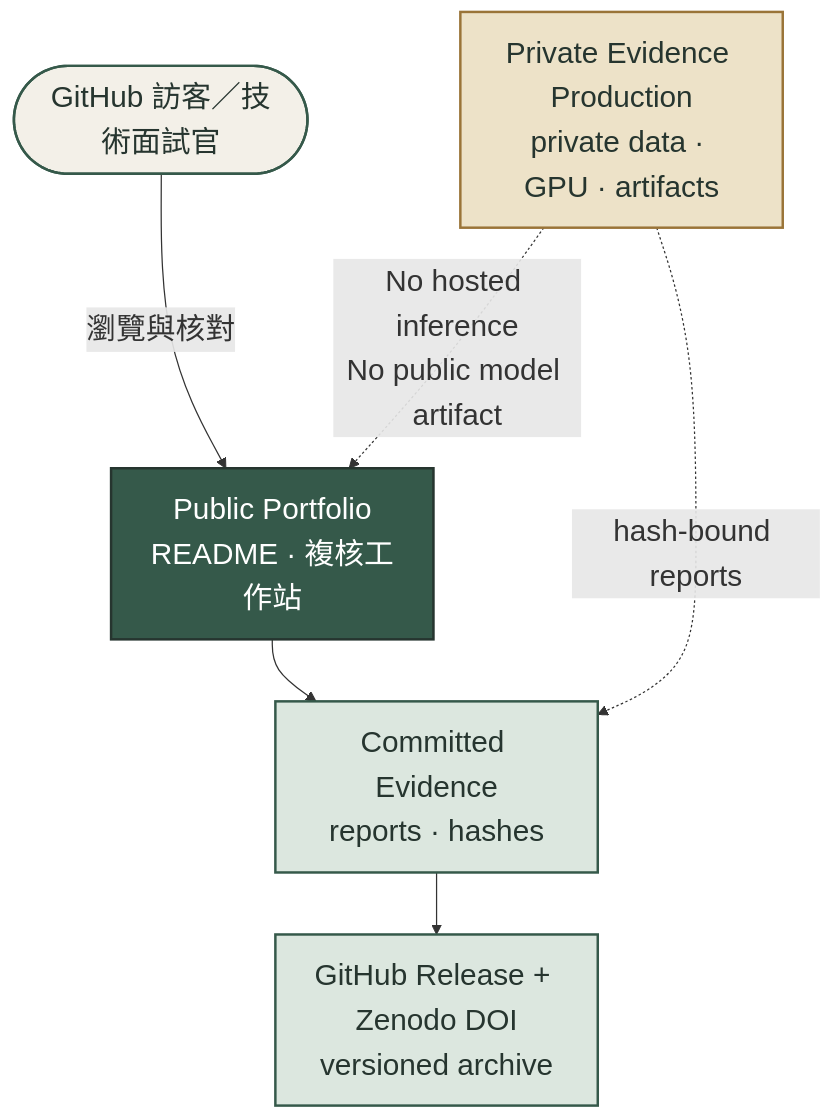
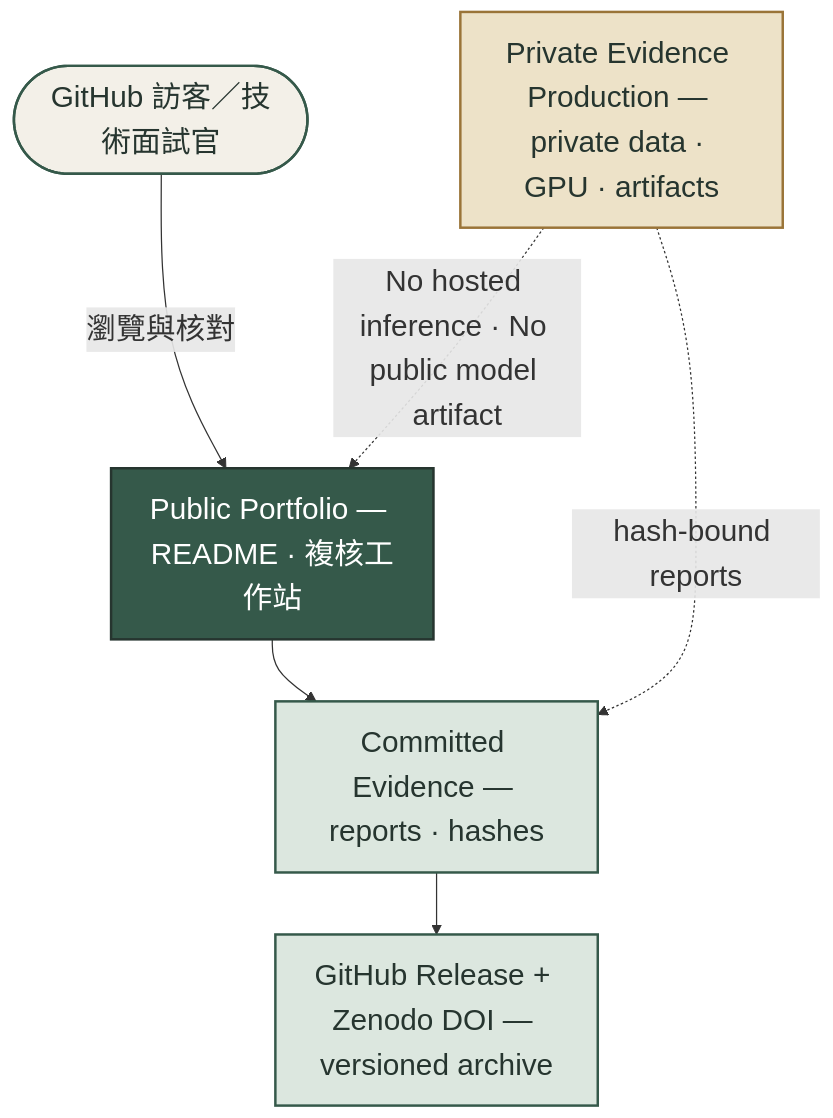
The first of 5 diagrams in README.md (kuotunyu/pcb-defect-detection), drawn with Mermaid before and after one commit. The commit also changed other lines of this file and 1 other file, not shown here.

Commit message:
docs: avoid GitHub Mermaid line-break collapse

````diff
--- a/README.md
+++ b/README.md
@@ -46,28 +46,28 @@
 ```mermaid
 %%{init: {'themeVariables': {'fontSize': '24px'}}}%%
 flowchart TB
     accTitle: PCB 瑕疵偵測系統全貌與公開證據邊界
     accDescr: GitHub 訪客由公開作品集閱讀 committed evidence；受授權資料、GPU 工作與模型 artifacts 留在 private boundary，只發布 hash-bound reports。
 
     Visitor(["GitHub 訪客／技術面試官"])
-    Portfolio["Public Portfolio<br/>README · 複核工作站"]
-    Evidence["Committed Evidence<br/>reports · hashes"]
-    Private["Private Evidence Production<br/>private data · GPU · artifacts"]
-    Archive["GitHub Release + Zenodo DOI<br/>versioned archive"]
+    Portfolio["Public Portfolio — README · 複核工作站"]
+    Evidence["Committed Evidence — reports · hashes"]
+    Private["Private Evidence Production — private data · GPU · artifacts"]
+    Archive["GitHub Release + Zenodo DOI — versioned archive"]
 
     Visitor -->|瀏覽與核對| Portfolio
     Portfolio --> Evidence --> Archive
     Private -.->|hash-bound reports| Evidence
-    Private -.->|No hosted inference<br/>No public model artifact| Portfolio
+    Private -.->|No hosted inference · No public model artifact| Portfolio
 
     classDef actor fill:#F3F0E8,stroke:#35594A,stroke-width:2px,color:#26352F
     classDef public fill:#35594A,stroke:#26352F,stroke-width:2px,color:#FFFFFF
     classDef evidence fill:#DCE7DF,stroke:#35594A,stroke-width:2px,color:#26352F
     classDef private fill:#EDE2C8,stroke:#9A7438,stroke-width:2px,color:#26352F
     classDef blocked fill:#F3E2DD,stroke:#785650,stroke-width:2px,color:#3F2E2B
 
     class Visitor actor
     class Portfolio public
     class Evidence,Archive evidence
     class Private private
 ```
````
